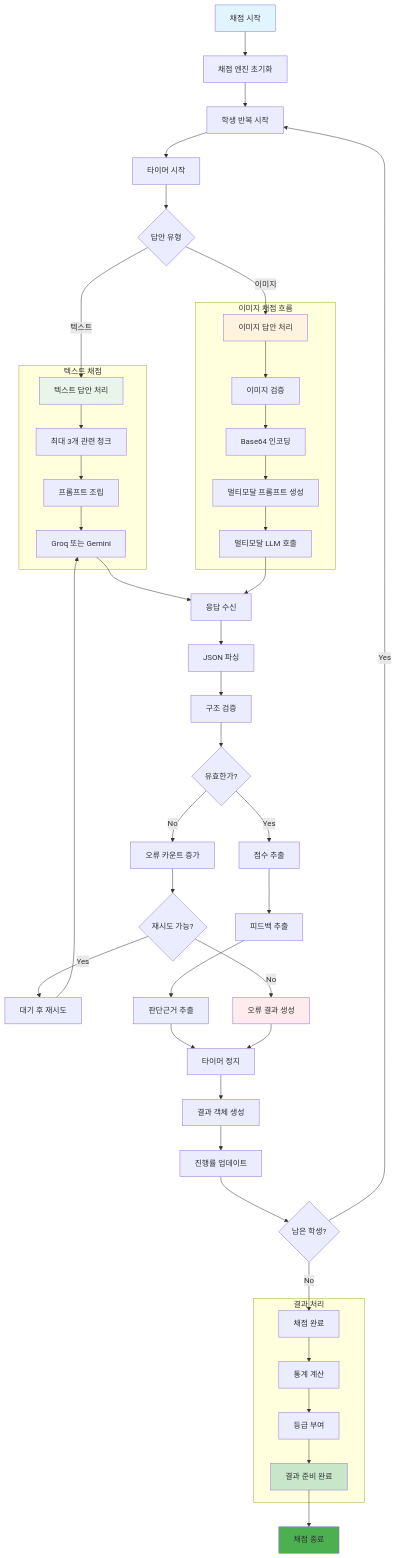
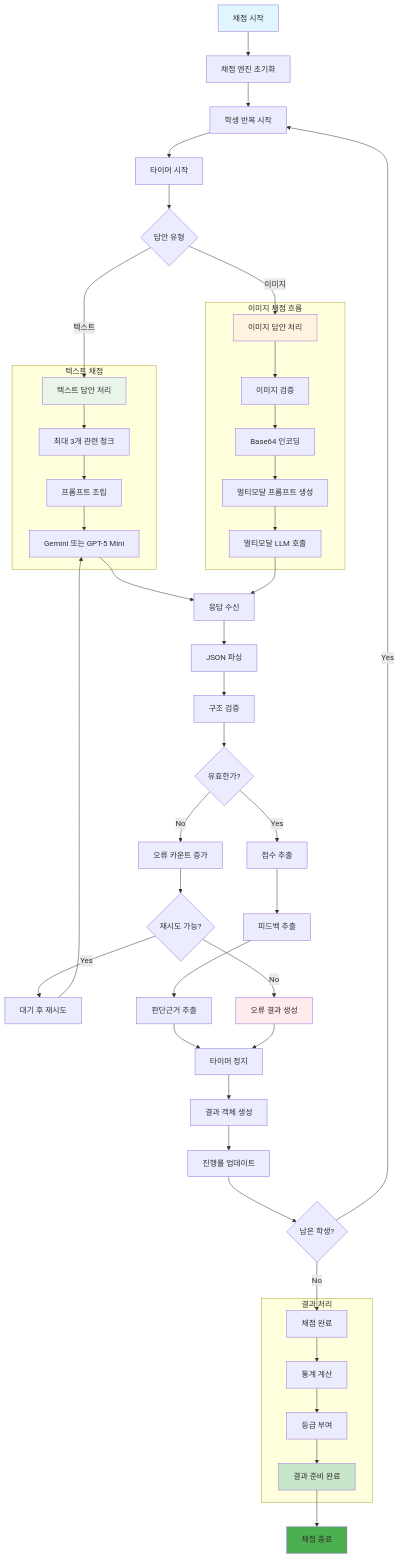
Before and after one commit to GEOeduHJ/goe_assess_web4: the fifth of 12 diagrams in references/architecture.md, drawn with Mermaid. The commit also changed other lines of this file and 17 other files, not shown here.

````diff
--- a/references/architecture.md
+++ b/references/architecture.md
@@ -263,66 +263,66 @@
 ```mermaid
 flowchart TD
     START[채점 시작] --> INIT[채점 엔진 초기화]
     INIT --> NEXT_STUDENT[학생 반복 시작]
     NEXT_STUDENT --> TIMER_START[타이머 시작]
     
     TIMER_START --> ANSWER_TYPE{답안 유형}
     
     ANSWER_TYPE -->|텍스트| TEXT_PROCESS[텍스트 답안 처리]
     ANSWER_TYPE -->|이미지| IMAGE_PROCESS[이미지 답안 처리]
     
     subgraph "텍스트 채점"
         TEXT_PROCESS --> RAG_SEARCH[최대 3개 관련 청크]
         RAG_SEARCH --> TEXT_PROMPT[프롬프트 조립]
-        TEXT_PROMPT --> TEXT_LLM[Groq 또는 Gemini]
+        TEXT_PROMPT --> TEXT_LLM[Gemini 또는 GPT-5 Mini]
     end
     
     subgraph "이미지 채점 흐름"
         IMAGE_PROCESS --> IMAGE_VALID[이미지 검증]
         IMAGE_VALID --> IMAGE_ENCODE[Base64 인코딩]
         IMAGE_ENCODE --> IMAGE_PROMPT[멀티모달 프롬프트 생성]
         IMAGE_PROMPT --> IMAGE_LLM[멀티모달 LLM 호출]
     end
     
     TEXT_LLM --> RESPONSE_RECV[응답 수신]
     IMAGE_LLM --> RESPONSE_RECV
     
     RESPONSE_RECV --> JSON_PARSE[JSON 파싱]
     JSON_PARSE --> STRUCT_VALID[구조 검증]
     
     STRUCT_VALID --> VALID_CHECK{유효한가?}
     VALID_CHECK -->|No| ERROR_COUNT[오류 카운트 증가]
     ERROR_COUNT --> RETRY_CHECK{재시도 가능?}
     RETRY_CHECK -->|Yes| WAIT[대기 후 재시도]
     WAIT --> TEXT_LLM
     RETRY_CHECK -->|No| ERROR_RESULT[오류 결과 생성]
     
     VALID_CHECK -->|Yes| SCORE_EXTRACT[점수 추출]
     SCORE_EXTRACT --> FEEDBACK_EXTRACT[피드백 추출]
     FEEDBACK_EXTRACT --> REASONING_EXTRACT[판단근거 추출]
     
     REASONING_EXTRACT --> TIMER_STOP[타이머 정지]
     ERROR_RESULT --> TIMER_STOP
     
     TIMER_STOP --> RESULT_CREATE[결과 객체 생성]
     RESULT_CREATE --> PROGRESS_UPDATE[진행률 업데이트]
     
     PROGRESS_UPDATE --> MORE_STUDENTS{남은 학생?}
     MORE_STUDENTS -->|Yes| NEXT_STUDENT
     MORE_STUDENTS -->|No| GRADING_COMPLETE[채점 완료]
     
     subgraph "결과 처리"
         GRADING_COMPLETE --> STATS_CALC[통계 계산]
         STATS_CALC --> GRADE_ASSIGN[등급 부여]
         GRADE_ASSIGN --> RESULTS_READY[결과 준비 완료]
     end
     
     RESULTS_READY --> END[채점 종료]
     
     style START fill:#e1f5fe
     style TEXT_PROCESS fill:#e8f5e8
     style IMAGE_PROCESS fill:#fff3e0
     style ERROR_RESULT fill:#ffebee
     style RESULTS_READY fill:#c8e6c9
     style END fill:#4caf50
 ```
````
